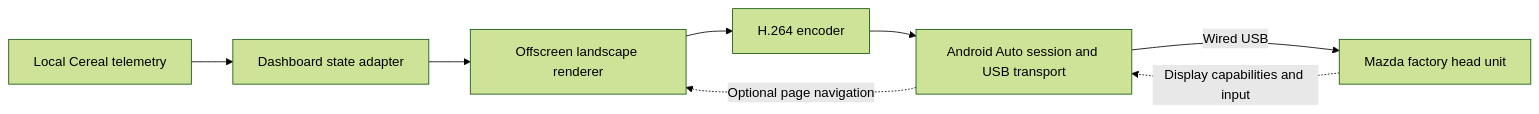
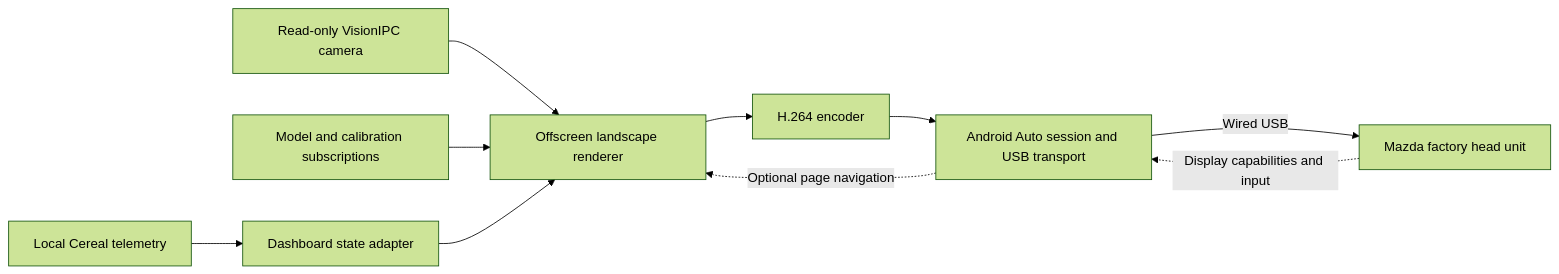
Before and after one commit to yummydirtx/openpilot: the diagram in docs/zoompilot/android-auto/architecture.md, drawn with Mermaid (forest theme). The commit also changed other lines of this file and 29 other files, not shown here.

````diff
--- a/docs/zoompilot/android-auto/architecture.md
+++ b/docs/zoompilot/android-auto/architecture.md
@@ -10,10 +11,12 @@
 ```mermaid
 flowchart LR
   T["Local Cereal telemetry"] --> S["Dashboard state adapter"]
+  C["Read-only VisionIPC camera"] --> R
+  M["Model and calibration subscriptions"] --> R
   S --> R["Offscreen landscape renderer"]
   R --> E["H.264 encoder"]
   E --> A["Android Auto session and USB transport"]
   A -->|"Wired USB"| H["Mazda factory head unit"]
   H -. "Display capabilities and input" .-> A
   A -. "Optional page navigation" .-> R
 ```
````
